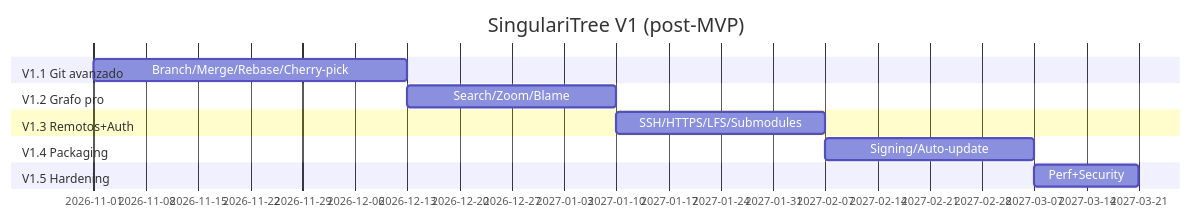
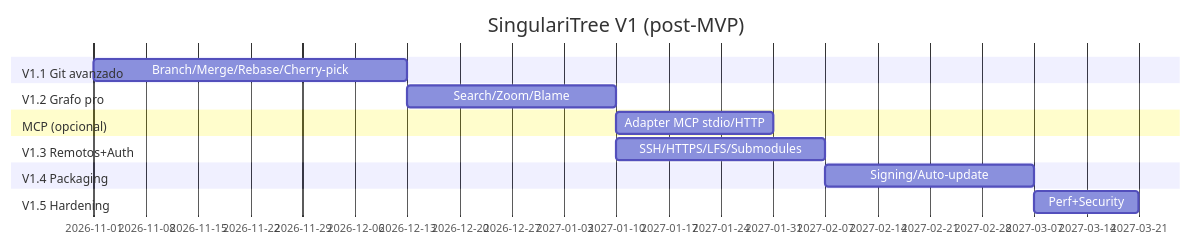
One commit to DaveR-ui/singulari-tree changed the diagram in docs/context/git-client/roadmap-v1.md. Above: the diagram before and after it, drawn with Mermaid. The commit also changed other lines of this file and 9 other files, not shown here.

````diff
--- a/docs/context/git-client/roadmap-v1.md
+++ b/docs/context/git-client/roadmap-v1.md
@@ -65,15 +77,17 @@
 ```mermaid
 gantt
   title SingulariTree V1 (post-MVP)
   dateFormat YYYY-MM-DD
   section V1.1 Git avanzado
     Branch/Merge/Rebase/Cherry-pick :a1, 2026-11-01, 6w
   section V1.2 Grafo pro
     Search/Zoom/Blame :a2, after a1, 4w
+  section MCP (opcional)
+    Adapter MCP stdio/HTTP :aM, after a2, 3w
   section V1.3 Remotos+Auth
     SSH/HTTPS/LFS/Submodules :a3, after a2, 4w
   section V1.4 Packaging
     Signing/Auto-update :a4, after a3, 4w
   section V1.5 Hardening
     Perf+Security :a5, after a4, 2w
 ```
````
